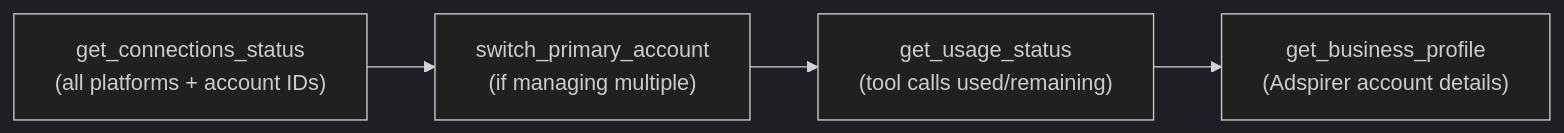
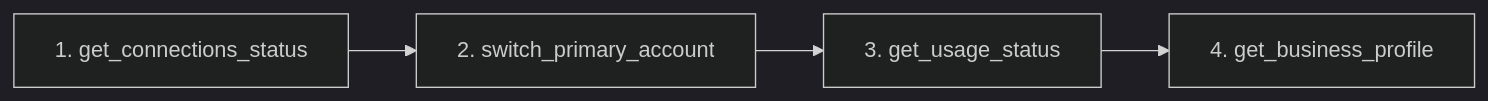
Before and after one commit to Adspirer/docs: the eighth of 8 diagrams in agent-skills/workflows.mdx, drawn with Mermaid (dark theme). The commit also changed other lines of this file and 1 other file, not shown here.

First line of the commit message:
Fix Mermaid diagrams and restore plain-text tool sequences for LLM readability

````diff
--- a/agent-skills/workflows.mdx
+++ b/agent-skills/workflows.mdx
@@ -217,6 +295,6 @@
 ```mermaid
 flowchart LR
-    A["get_connections_status\n(all platforms + account IDs)"] --> B["switch_primary_account\n(if managing multiple)"]
-    B --> C["get_usage_status\n(tool calls used/remaining)"]
-    C --> D["get_business_profile\n(Adspirer account details)"]
+    A["1. get_connections_status"] --> B["2. switch_primary_account"]
+    B --> C["3. get_usage_status"]
+    C --> D["4. get_business_profile"]
 ```
````
